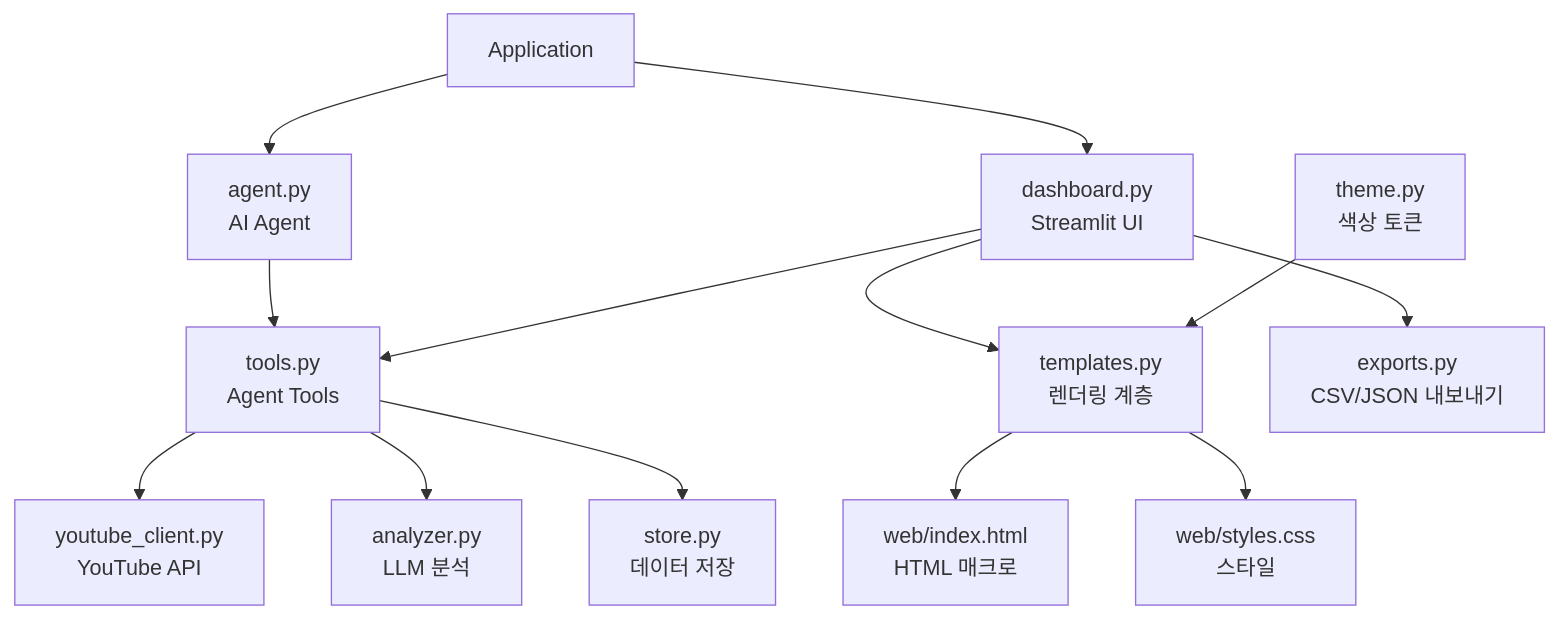
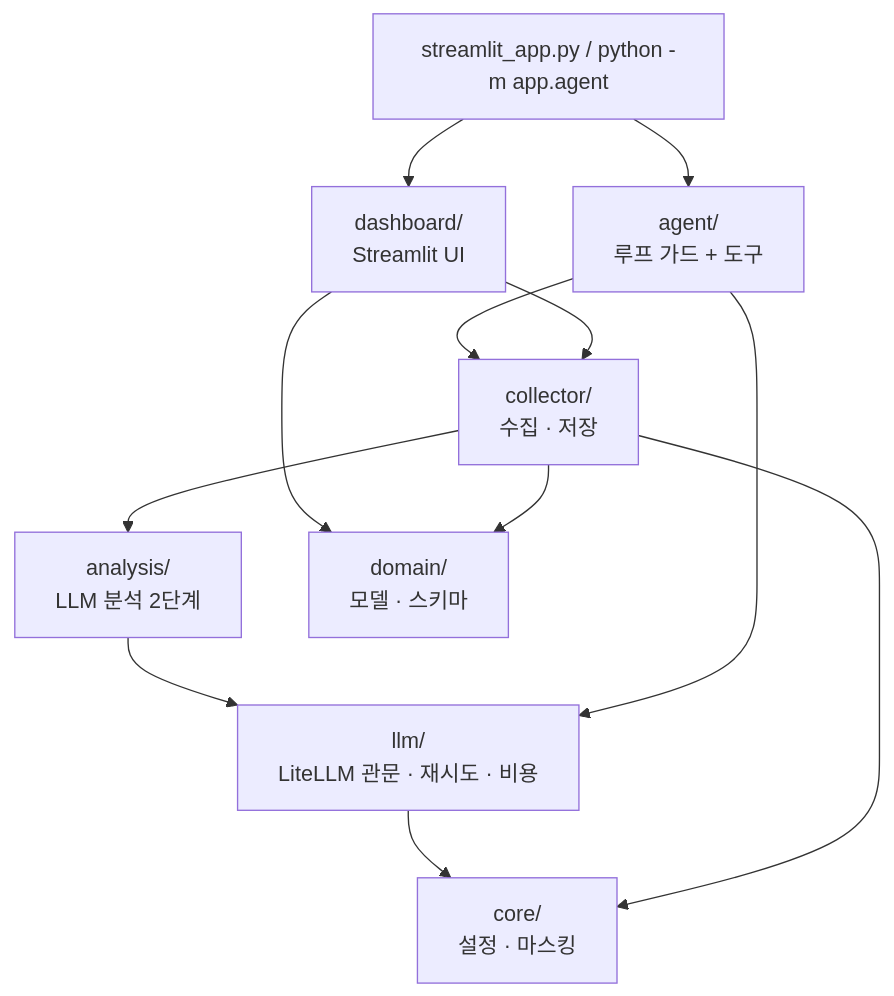
Before and after one commit to yejo0it/youtube-shorts-agent: the third of 3 diagrams in README.md, drawn with Mermaid. The commit also changed other lines of this file and 49 other files, not shown here.

Commit message:
프로젝트 구조화 및 LiteLLM 전환·루프 가드 추가

````diff
--- a/README.md
+++ b/README.md
@@ -261,34 +275,26 @@
 ```mermaid
 graph TD
-    APP["Application"]
+    ENTRY["streamlit_app.py / python -m app.agent"]
 
-    DASH["dashboard.py<br/>Streamlit UI"]
-    AGENT["agent.py<br/>AI Agent"]
-    TOOLS["tools.py<br/>Agent Tools"]
+    DASH["dashboard/<br/>Streamlit UI"]
+    AGENT["agent/<br/>루프 가드 + 도구"]
+    COLLECT["collector/<br/>수집 · 저장"]
+    ANALYSIS["analysis/<br/>LLM 분석 2단계"]
+    LLM["llm/<br/>LiteLLM 관문 · 재시도 · 비용"]
+    DOMAIN["domain/<br/>모델 · 스키마"]
+    CORE["core/<br/>설정 · 마스킹"]
 
-    TEMPLATES["templates.py<br/>렌더링 계층"]
-    HTML["web/index.html<br/>HTML 매크로"]
-    CSS["web/styles.css<br/>스타일"]
-    THEME["theme.py<br/>색상 토큰"]
+    ENTRY --> DASH
+    ENTRY --> AGENT
 
-    YOUTUBE["youtube_client.py<br/>YouTube API"]
-    ANALYZER["analyzer.py<br/>LLM 분석"]
-    STORE["store.py<br/>데이터 저장"]
-    EXPORTS["exports.py<br/>CSV/JSON 내보내기"]
+    AGENT --> COLLECT
+    DASH --> COLLECT
+    COLLECT --> ANALYSIS
+    ANALYSIS --> LLM
+    AGENT --> LLM
 
-    APP --> DASH
-    APP --> AGENT
-
-    AGENT --> TOOLS
-    DASH --> TOOLS
-    DASH --> EXPORTS
-    DASH --> TEMPLATES
-
-    TEMPLATES --> HTML
-    TEMPLATES --> CSS
-    THEME --> TEMPLATES
-
-    TOOLS --> YOUTUBE
-    TOOLS --> ANALYZER
-    TOOLS --> STORE
+    DASH --> DOMAIN
+    COLLECT --> DOMAIN
+    LLM --> CORE
+    COLLECT --> CORE
 ```
````
